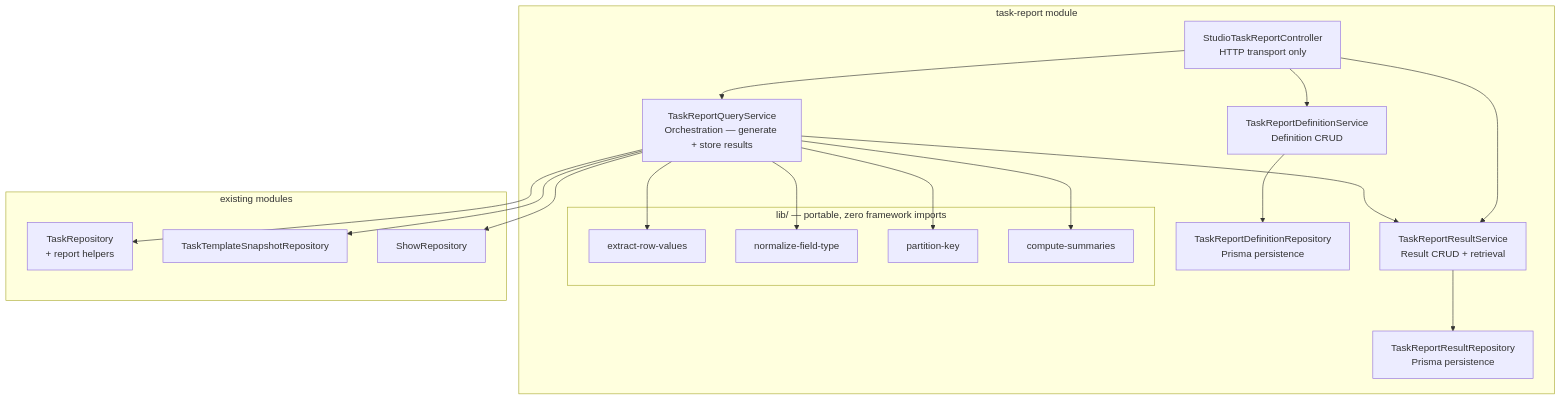
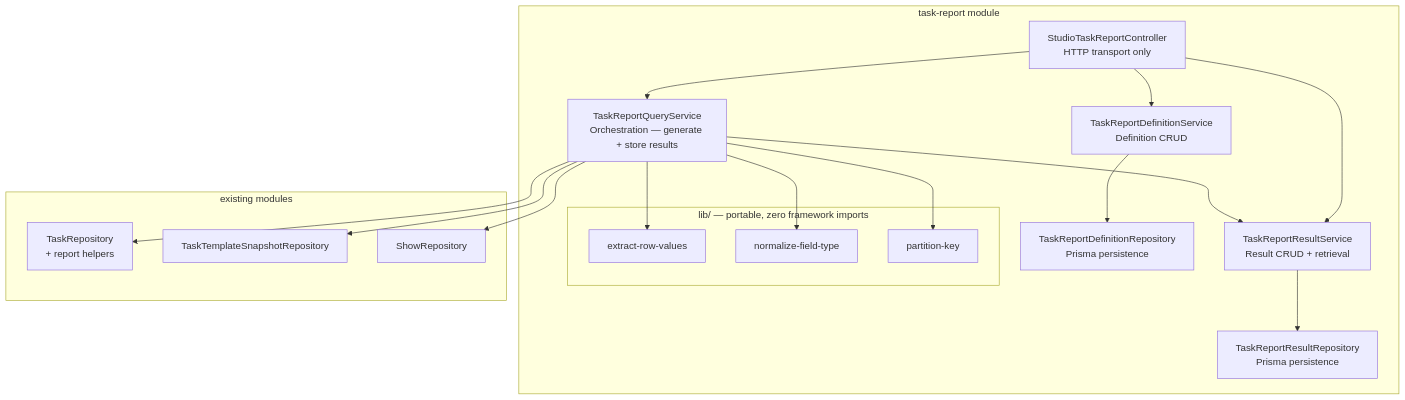
One commit to allenlin90/eridu-services changed the fourth of 4 diagrams in apps/erify_api/docs/design/TASK_SUBMISSION_REPORTING_DESIGN.md. Above: the diagram before and after it, drawn with Mermaid. The commit also changed other lines of this file and 2 other files, not shown here.

````diff
--- a/apps/erify_api/docs/design/TASK_SUBMISSION_REPORTING_DESIGN.md
+++ b/apps/erify_api/docs/design/TASK_SUBMISSION_REPORTING_DESIGN.md
@@ -707,37 +696,35 @@
 ```mermaid
 graph TB
     subgraph "task-report module"
         Ctrl[StudioTaskReportController<br/>HTTP transport only]
         QS[TaskReportQueryService<br/>Orchestration — generate + store results]
         DS[TaskReportDefinitionService<br/>Definition CRUD]
         RS[TaskReportResultService<br/>Result CRUD + retrieval]
         DR[TaskReportDefinitionRepository<br/>Prisma persistence]
         RR[TaskReportResultRepository<br/>Prisma persistence]
         subgraph "lib/ — portable, zero framework imports"
             ERV[extract-row-values]
             NFT[normalize-field-type]
             PK[partition-key]
-            CS[compute-summaries]
         end
     end
 
     subgraph "existing modules"
         TaskRepo[TaskRepository<br/>+ report helpers]
         SnapshotRepo[TaskTemplateSnapshotRepository]
         ShowRepo[ShowRepository]
     end
 
     Ctrl --> QS
     Ctrl --> DS
     Ctrl --> RS
     DS --> DR
     RS --> RR
     QS --> RS
     QS --> TaskRepo
     QS --> SnapshotRepo
     QS --> ShowRepo
     QS --> ERV
     QS --> NFT
     QS --> PK
-    QS --> CS
 ```
````
